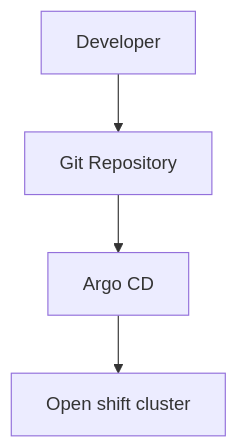
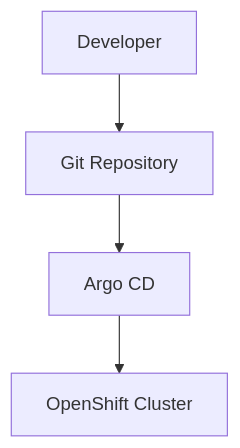
One commit to fedesa92/learning-gitOps changed the fourth of 5 diagrams in ARCHITECTURE.md. Above: the diagram before and after it, drawn with Mermaid. The commit also changed other lines of this file and 1 other file, not shown here.

````diff
--- a/ARCHITECTURE.md
+++ b/ARCHITECTURE.md
@@ -247,6 +250,6 @@
 ```mermaid
 graph TD
     A[Developer] --> B[Git Repository]
     B --> C[Argo CD]
-    C --> D[Open shift cluster]
+    C --> D[OpenShift Cluster]
 ```
````
